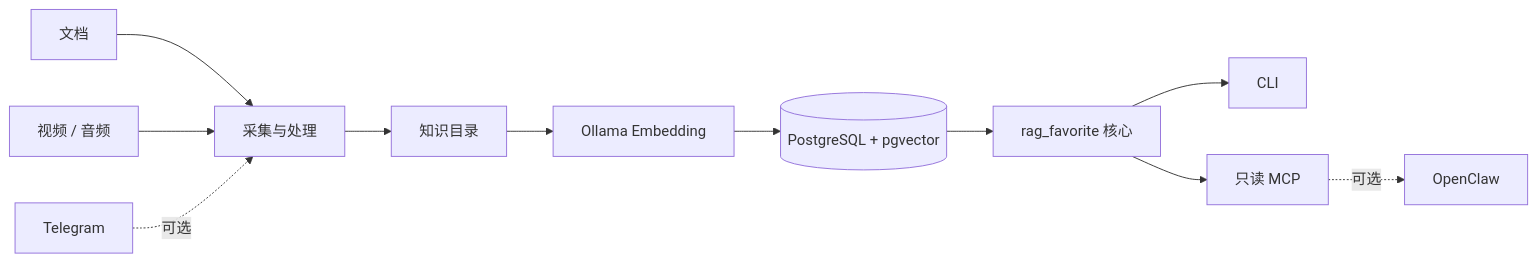
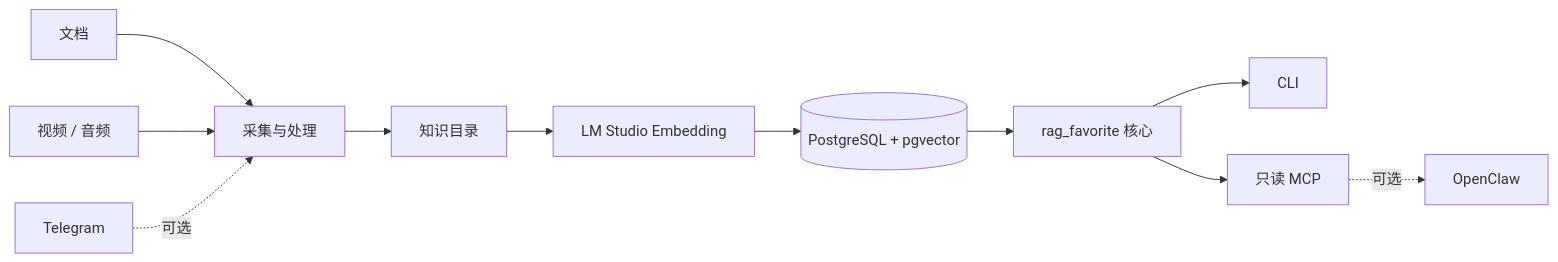
One commit to tzuo5/rag_favorite changed the diagram in README_ZH.md. Above: the diagram before and after it, drawn with Mermaid. The commit also changed other lines of this file and 221 other files, not shown here.

````diff
--- a/README_ZH.md
+++ b/README_ZH.md
@@ -167,13 +199,13 @@
 ```mermaid
 flowchart LR
     A[文档] --> I[采集与处理]
     B[视频 / 音频] --> I
     C[Telegram] -. 可选 .-> I
     I --> K[知识目录]
-    K --> E[Ollama Embedding]
+    K --> E[LM Studio Embedding]
     E --> P[(PostgreSQL + pgvector)]
     P --> R[rag_favorite 核心]
     R --> CLI[CLI]
     R --> MCP[只读 MCP]
     MCP -. 可选 .-> OC[OpenClaw]
 ```
````
